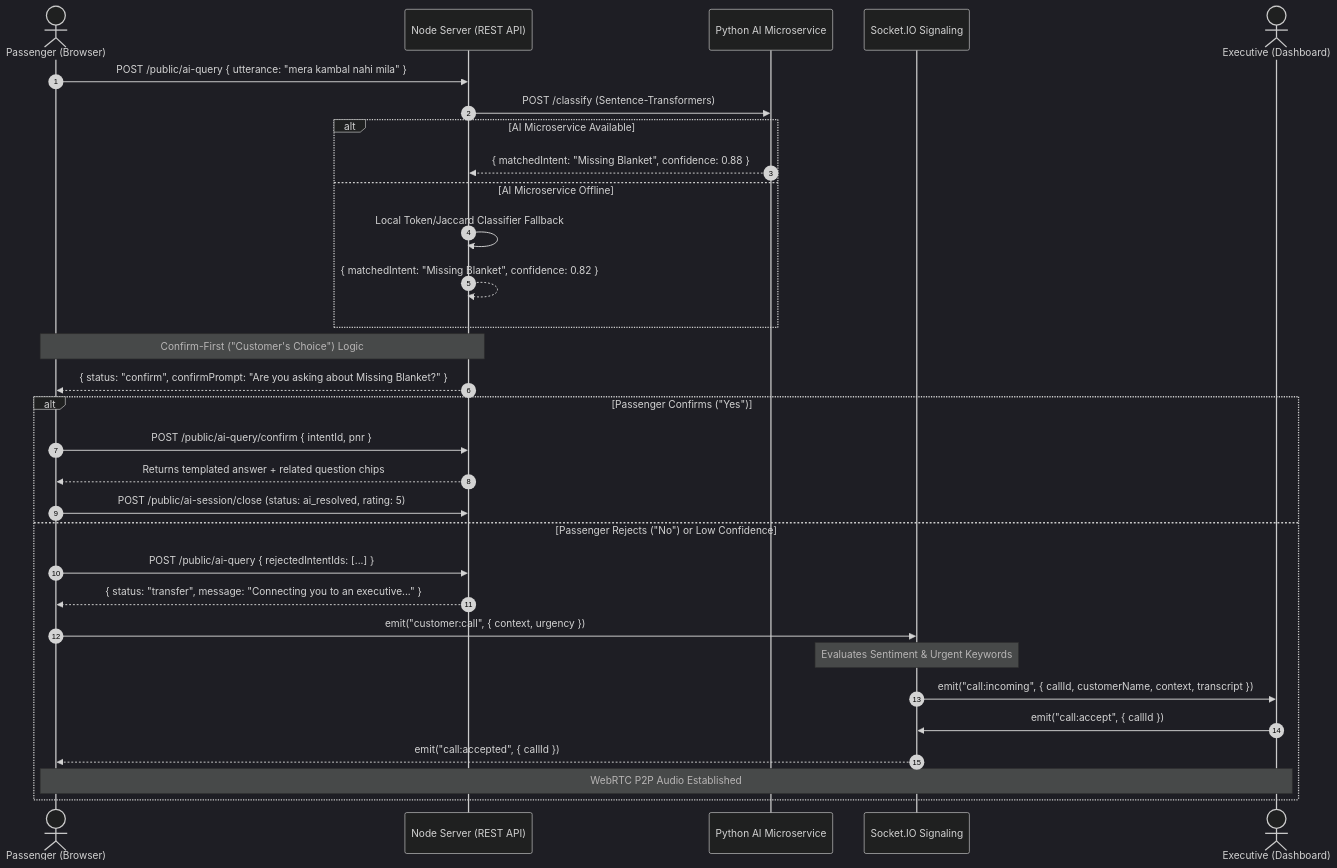
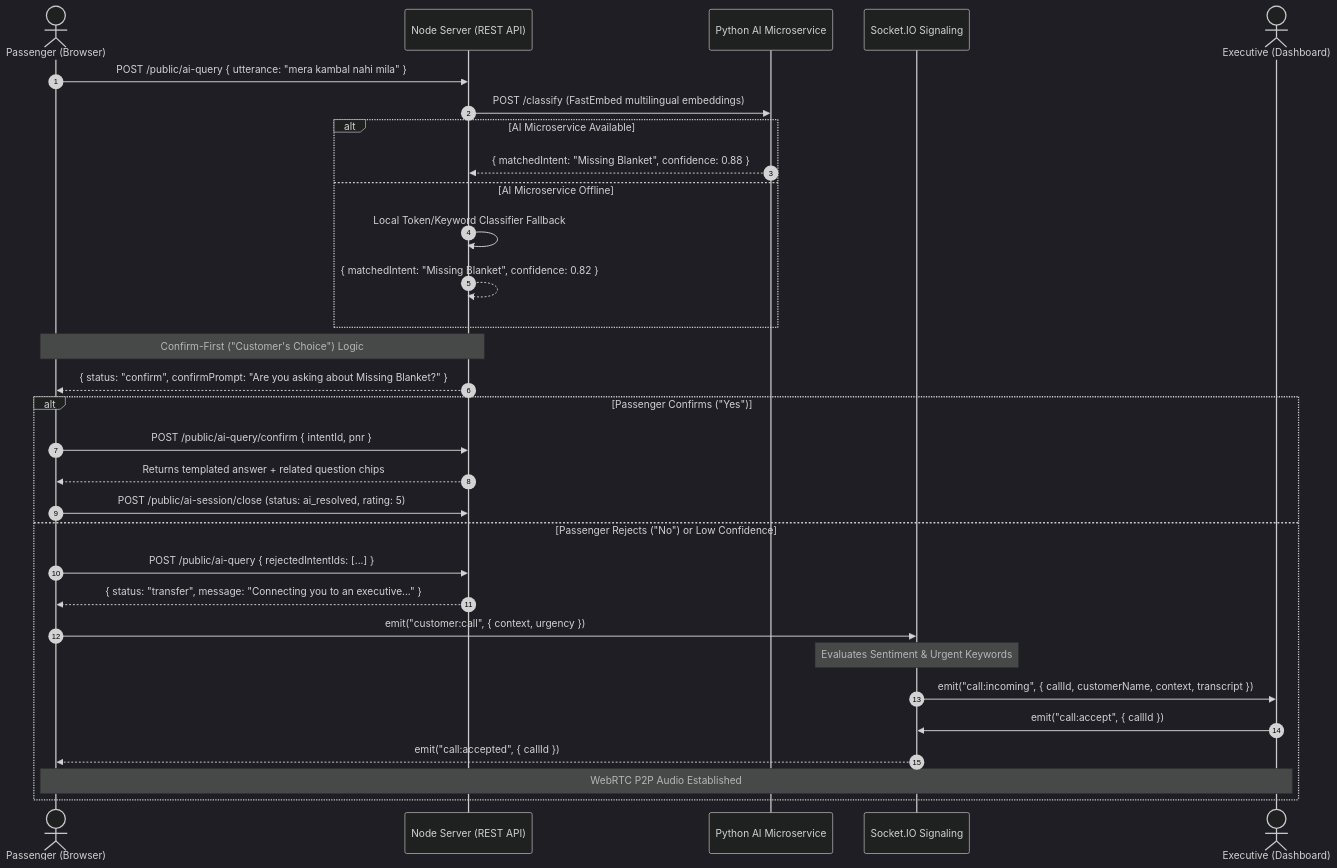
The second of 6 diagrams in README.md (Murtazahd04/Railcare-Ai), drawn with Mermaid (dark theme) before and after one commit. The commit also changed other lines of this file and 14 other files, not shown here.

````diff
--- a/README.md
+++ b/README.md
@@ -171,36 +171,36 @@
 ```mermaid
 sequenceDiagram
     autonumber
     actor P as Passenger (Browser)
     participant B as Node Server (REST API)
     participant AI as Python AI Microservice
     participant S as Socket.IO Signaling
     actor E as Executive (Dashboard)
 
     P->>B: POST /public/ai-query { utterance: "mera kambal nahi mila" }
-    B->>AI: POST /classify (Sentence-Transformers)
+    B->>AI: POST /classify (FastEmbed multilingual embeddings)
     alt AI Microservice Available
         AI-->>B: { matchedIntent: "Missing Blanket", confidence: 0.88 }
     else AI Microservice Offline
-        B->>B: Local Token/Jaccard Classifier Fallback
+        B->>B: Local Token/Keyword Classifier Fallback
         B-->>B: { matchedIntent: "Missing Blanket", confidence: 0.82 }
     end
 
     Note over B,P: Confirm-First ("Customer's Choice") Logic
     B-->>P: { status: "confirm", confirmPrompt: "Are you asking about Missing Blanket?" }
     
     alt Passenger Confirms ("Yes")
         P->>B: POST /public/ai-query/confirm { intentId, pnr }
         B-->>P: Returns templated answer + related question chips
         P->>B: POST /public/ai-session/close (status: ai_resolved, rating: 5)
     else Passenger Rejects ("No") or Low Confidence
         P->>B: POST /public/ai-query { rejectedIntentIds: [...] }
         B-->>P: { status: "transfer", message: "Connecting you to an executive..." }
         P->>S: emit("customer:call", { context, urgency })
         Note over S: Evaluates Sentiment & Urgent Keywords
         S->>E: emit("call:incoming", { callId, customerName, context, transcript })
         E->>S: emit("call:accept", { callId })
         S-->>P: emit("call:accepted", { callId })
         Note over P,E: WebRTC P2P Audio Established
     end
 ```
````
